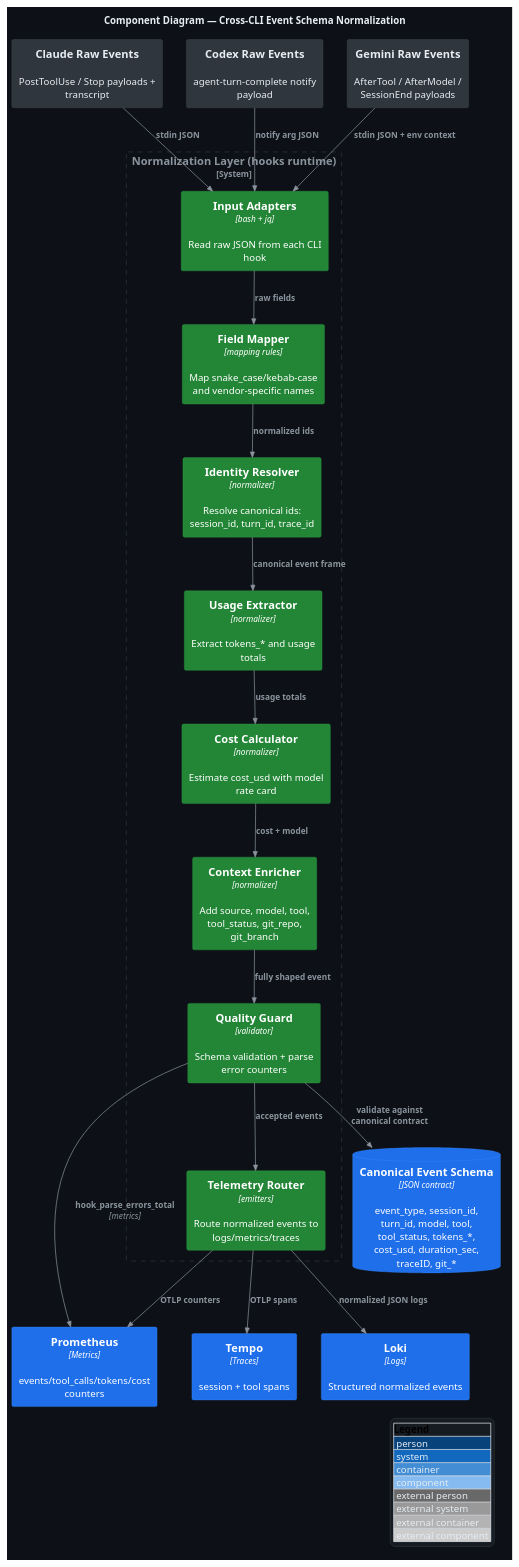
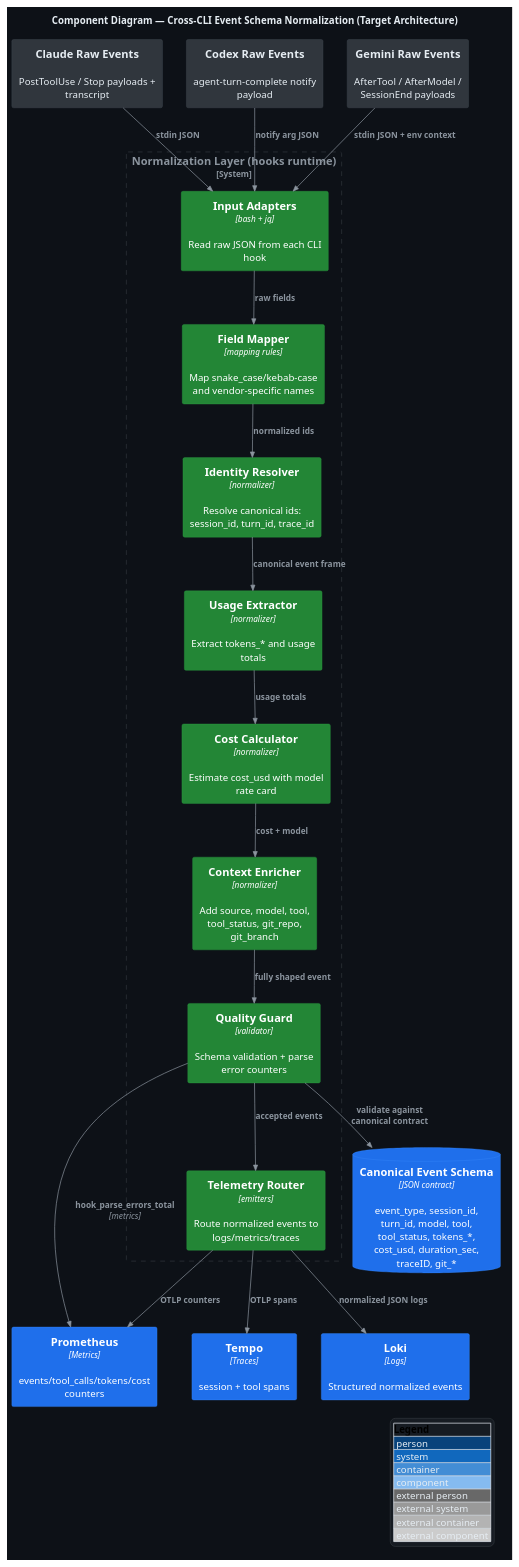
The diagram in docs/c4/c5-event-schema-normalization.puml (shepard-system/shepard-obs-stack), drawn with PlantUML before and after one commit. The commit also changed 1 other file, not shown here.

Commit message:
Update C5 event schema normalization diagram with revised components and layout adjustments

```diff
--- a/docs/c4/c5-event-schema-normalization.puml
+++ b/docs/c4/c5-event-schema-normalization.puml
@@ -1,62 +1,62 @@
 @startuml c5-event-schema-normalization
 !include https://raw.githubusercontent.com/plantuml-stdlib/C4-PlantUML/master/C4_Component.puml
 
 ' ── Dark theme (GitHub #0d1117) ──
 skinparam backgroundColor #0d1117
 skinparam defaultFontColor #e6edf3
 skinparam ArrowColor #8b949e
 skinparam ArrowFontColor #8b949e
 skinparam titleFontColor #e6edf3
 skinparam legendBackgroundColor #161b22
 skinparam legendBorderColor #30363d
 skinparam legendFontColor #e6edf3
 
 UpdateElementStyle("external_system", $bgColor="#30363d", $fontColor="#e6edf3", $borderColor="#484f58")
 UpdateElementStyle("container", $bgColor="#1f6feb", $fontColor="#ffffff", $borderColor="#388bfd")
 UpdateElementStyle("component", $bgColor="#238636", $fontColor="#ffffff", $borderColor="#2ea043")
 UpdateElementStyle("database", $bgColor="#8250df", $fontColor="#ffffff", $borderColor="#a371f7")
 UpdateElementStyle("system_boundary", $fontColor="#8b949e", $borderColor="#30363d")
 
 LAYOUT_WITH_LEGEND()
 
-title Component Diagram — Cross-CLI Event Schema Normalization
+title Component Diagram — Cross-CLI Event Schema Normalization (Target Architecture)
 
 System_Ext(claude_raw, "Claude Raw Events", "PostToolUse / Stop payloads + transcript")
 System_Ext(codex_raw, "Codex Raw Events", "agent-turn-complete notify payload")
 System_Ext(gemini_raw, "Gemini Raw Events", "AfterTool / AfterModel / SessionEnd payloads")
 
 System_Boundary(norm, "Normalization Layer (hooks runtime)") {
     Component(input_adapters, "Input Adapters", "bash + jq", "Read raw JSON from each CLI hook")
     Component(field_mapper, "Field Mapper", "mapping rules", "Map snake_case/kebab-case and vendor-specific names")
     Component(identity, "Identity Resolver", "normalizer", "Resolve canonical ids: session_id, turn_id, trace_id")
     Component(usage, "Usage Extractor", "normalizer", "Extract tokens_* and usage totals")
     Component(cost, "Cost Calculator", "normalizer", "Estimate cost_usd with model rate card")
     Component(context, "Context Enricher", "normalizer", "Add source, model, tool, tool_status, git_repo, git_branch")
     Component(quality, "Quality Guard", "validator", "Schema validation + parse error counters")
     Component(router, "Telemetry Router", "emitters", "Route normalized events to logs/metrics/traces")
 }
 
 ContainerDb(schema, "Canonical Event Schema", "JSON contract", "event_type, session_id, turn_id, model, tool, tool_status, tokens_*, cost_usd, duration_sec, traceID, git_*")
 Container(loki, "Loki", "Logs", "Structured normalized events")
 Container(prom, "Prometheus", "Metrics", "events/tool_calls/tokens/cost counters")
 Container(tempo, "Tempo", "Traces", "session + tool spans")
 
 Rel(claude_raw, input_adapters, "stdin JSON")
 Rel(codex_raw, input_adapters, "notify arg JSON")
 Rel(gemini_raw, input_adapters, "stdin JSON + env context")
 
 Rel(input_adapters, field_mapper, "raw fields")
 Rel(field_mapper, identity, "normalized ids")
 Rel(identity, usage, "canonical event frame")
 Rel(usage, cost, "usage totals")
 Rel(cost, context, "cost + model")
 Rel(context, quality, "fully shaped event")
 Rel(quality, schema, "validate against canonical contract")
 Rel(quality, router, "accepted events")
 Rel(quality, prom, "hook_parse_errors_total", "metrics")
 
 Rel(router, loki, "normalized JSON logs")
 Rel(router, prom, "OTLP counters")
 Rel(router, tempo, "OTLP spans")
 
 @enduml
```
